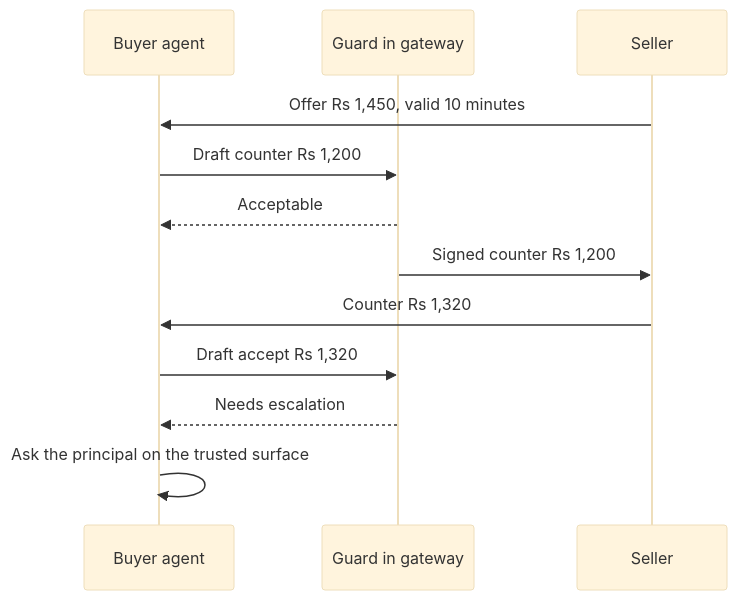
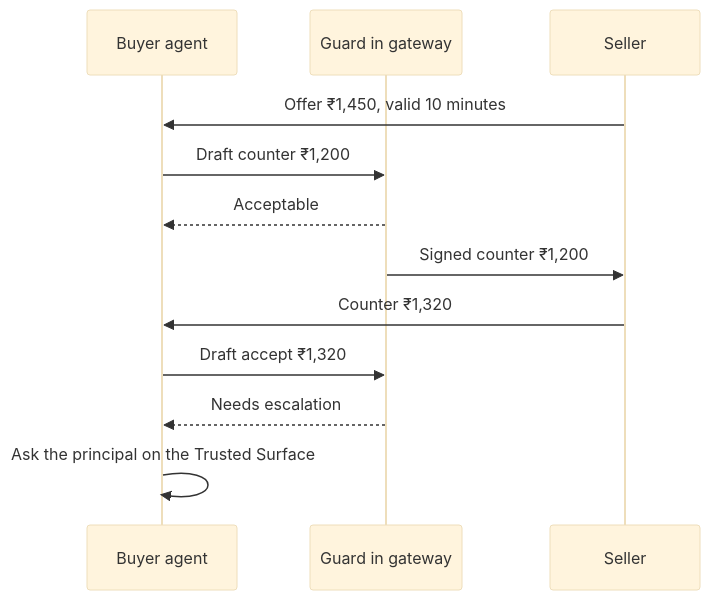
One commit to bacp-dev/bacp changed the fourth of 5 diagrams in docs/documentation/core-concepts.md. Above: the diagram before and after it, drawn with Mermaid (base theme). The commit also changed other lines of this file and 63 other files, not shown here.

````diff
--- a/docs/documentation/core-concepts.md
+++ b/docs/documentation/core-concepts.md
@@ -138,14 +138,14 @@
 ```mermaid
 sequenceDiagram
     participant A as Buyer agent
     participant G as Guard in gateway
     participant S as Seller
-    S->>A: Offer Rs 1,450, valid 10 minutes
-    A->>G: Draft counter Rs 1,200
+    S->>A: Offer ₹1,450, valid 10 minutes
+    A->>G: Draft counter ₹1,200
     G-->>A: Acceptable
-    G->>S: Signed counter Rs 1,200
-    S->>A: Counter Rs 1,320
-    A->>G: Draft accept Rs 1,320
+    G->>S: Signed counter ₹1,200
+    S->>A: Counter ₹1,320
+    A->>G: Draft accept ₹1,320
     G-->>A: Needs escalation
-    A->>A: Ask the principal on the trusted surface
+    A->>A: Ask the principal on the Trusted Surface
 ```
````
